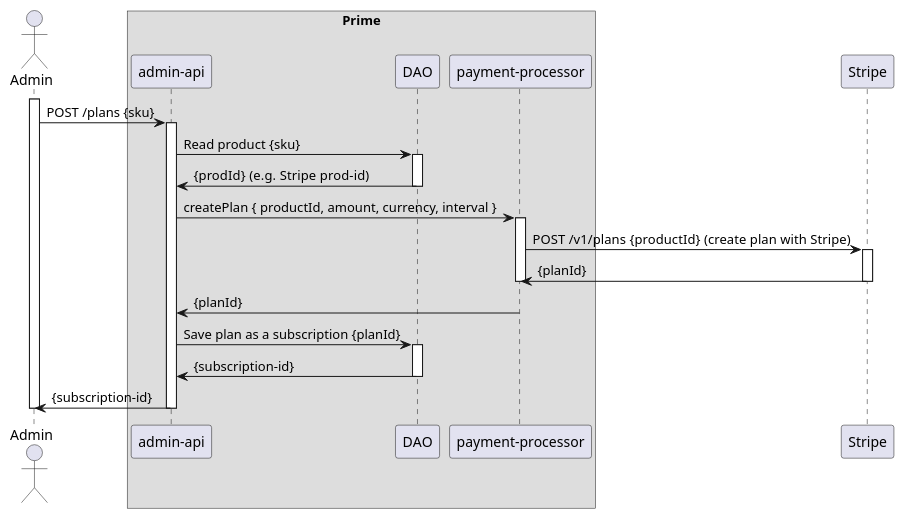
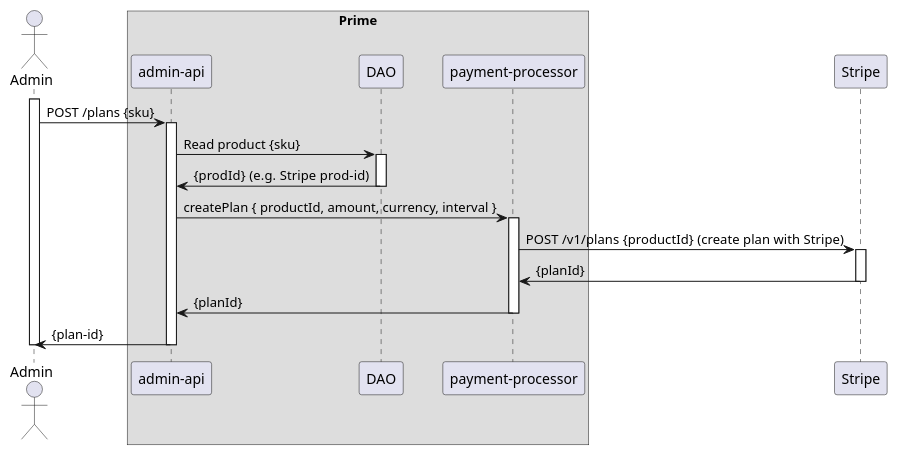
The diagram in payment-processor/doc/puml/create-plan.puml (ostelco/ostelco-core), drawn with PlantUML before and after one commit. The commit also changed 1 other file, not shown here.

```diff
--- a/payment-processor/doc/puml/create-plan.puml
+++ b/payment-processor/doc/puml/create-plan.puml
@@ -1,40 +1,41 @@
 @startuml
 
 actor Admin
 participant Admin
 
 box "Prime"
     participant "admin-api"
     participant "DAO"
     participant "payment-processor"
 end box
 participant Stripe
 
 activate Admin
     "Admin" -> "admin-api" : POST /plans {sku}
     activate "admin-api"
     "admin-api" -> "DAO" : Read product {sku}
     activate "DAO"
     "DAO" -> "admin-api" : {prodId}  (e.g. Stripe prod-id)
     deactivate "DAO"
 
     "admin-api" -> "payment-processor" : createPlan { productId, amount, currency, interval }
     activate "payment-processor"
     "payment-processor" -> "Stripe" : POST /v1/plans {productId}  (create plan with Stripe)
     activate "Stripe"
     "Stripe" -> "payment-processor" : {planId}
     deactivate "Stripe"
+    "payment-processor" -> "admin-api" : {planId}
     deactivate "payment-processor"
-    "payment-processor" -> "admin-api" : {planId}
 
 
-    "admin-api" -> "DAO" : Save plan as a subscription {planId}
-    activate "DAO"
-    "DAO" -> "admin-api" : {subscription-id}
-    deactivate "DAO"
-
-    "admin-api" -> "Admin" : {subscription-id}
+'    "admin-api" -> "DAO" : Save plan as a subscription {planId}
+'    activate "DAO"
+'    "DAO" -> "admin-api" : {subscription-id}
+'    deactivate "DAO"
+'
+'    "admin-api" -> "Admin" : {subscription-id}
+    "admin-api" -> "Admin" : {plan-id}
     deactivate "admin-api"
 deactivate Admin
 
 @enduml
```
